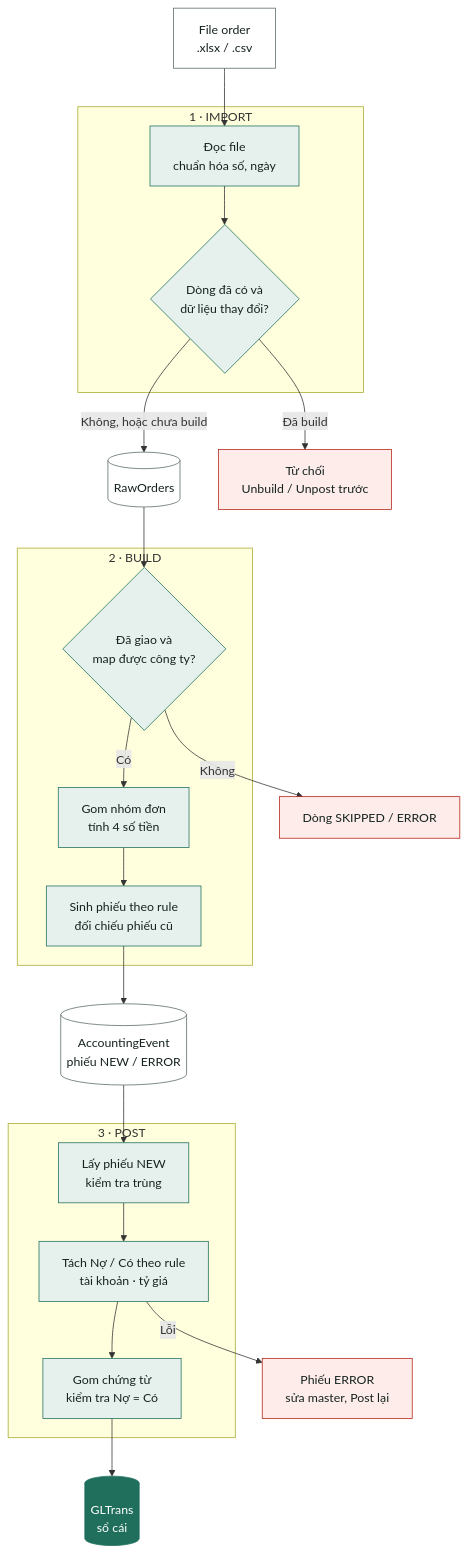
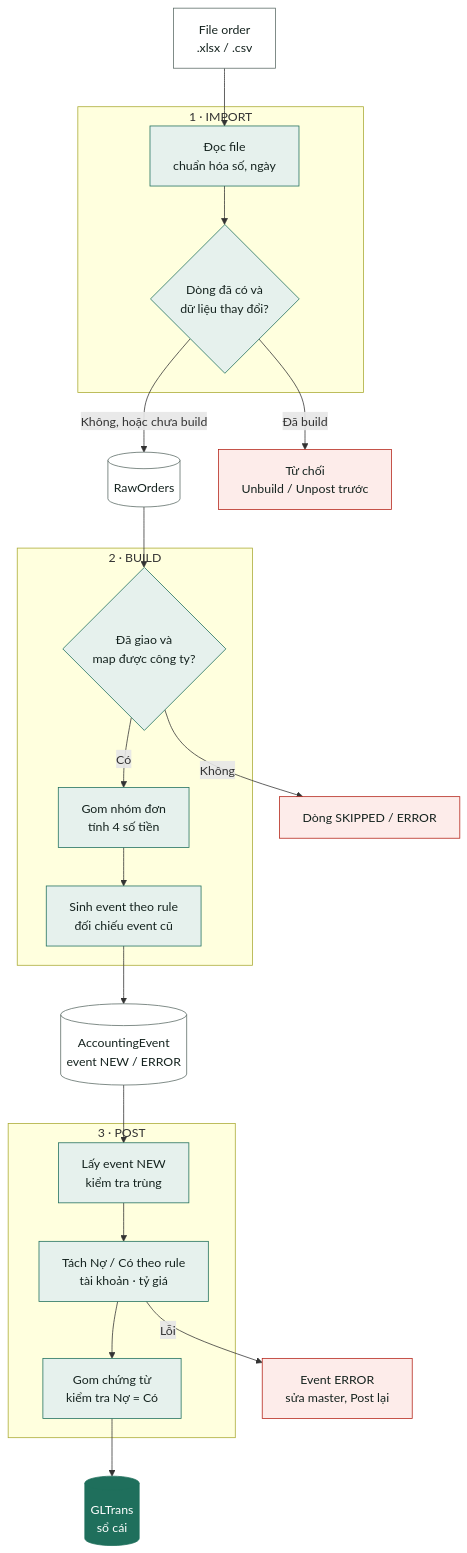
One commit to Thien555/Finance-test changed the first of 3 diagrams in docs/BA_ORDERS_TO_GLTRANS.md. Above: the diagram before and after it, drawn with Mermaid. The commit also changed other lines of this file and 4 other files, not shown here.

````diff
--- a/docs/BA_ORDERS_TO_GLTRANS.md
+++ b/docs/BA_ORDERS_TO_GLTRANS.md
@@ -13,37 +40,37 @@
 ```mermaid
 flowchart TD
   F["File order<br/>.xlsx / .csv"] --> I1
   subgraph IMPORT["1 · IMPORT"]
     I1["Đọc file<br/>chuẩn hóa số, ngày"]
     I2{"Dòng đã có và<br/>dữ liệu thay đổi?"}
     I1 --> I2
   end
   I2 -- "Không, hoặc chưa build" --> R[("RawOrders")]
   I2 -- "Đã build" --> IX["Từ chối<br/>Unbuild / Unpost trước"]
   R --> B1
   subgraph BUILD["2 · BUILD"]
     B1{"Đã giao và<br/>map được công ty?"}
     B2["Gom nhóm đơn<br/>tính 4 số tiền"]
-    B3["Sinh phiếu theo rule<br/>đối chiếu phiếu cũ"]
+    B3["Sinh event theo rule<br/>đối chiếu event cũ"]
     B1 -- "Có" --> B2 --> B3
   end
   B1 -- "Không" --> BX["Dòng SKIPPED / ERROR"]
-  B3 --> E[("AccountingEvent<br/>phiếu NEW / ERROR")]
+  B3 --> E[("AccountingEvent<br/>event NEW / ERROR")]
   E --> P1
   subgraph POST["3 · POST"]
-    P1["Lấy phiếu NEW<br/>kiểm tra trùng"]
+    P1["Lấy event NEW<br/>kiểm tra trùng"]
     P2["Tách Nợ / Có theo rule<br/>tài khoản · tỷ giá"]
     P3["Gom chứng từ<br/>kiểm tra Nợ = Có"]
     P1 --> P2 --> P3
   end
-  P2 -- "Lỗi" --> PX["Phiếu ERROR<br/>sửa master, Post lại"]
+  P2 -- "Lỗi" --> PX["Event ERROR<br/>sửa master, Post lại"]
   P3 --> G[("GLTrans<br/>sổ cái")]
   classDef step fill:#e6f1ed,stroke:#1f6f5c,color:#15231f
   classDef io fill:#ffffff,stroke:#5b6b66,color:#15231f
   classDef bad fill:#fdecea,stroke:#b42318,color:#15231f
   classDef out fill:#1f6f5c,stroke:#1f6f5c,color:#ffffff
   class I1,I2,B1,B2,B3,P1,P2,P3 step
   class F,R,E io
   class IX,BX,PX bad
   class G out
 ```
````
